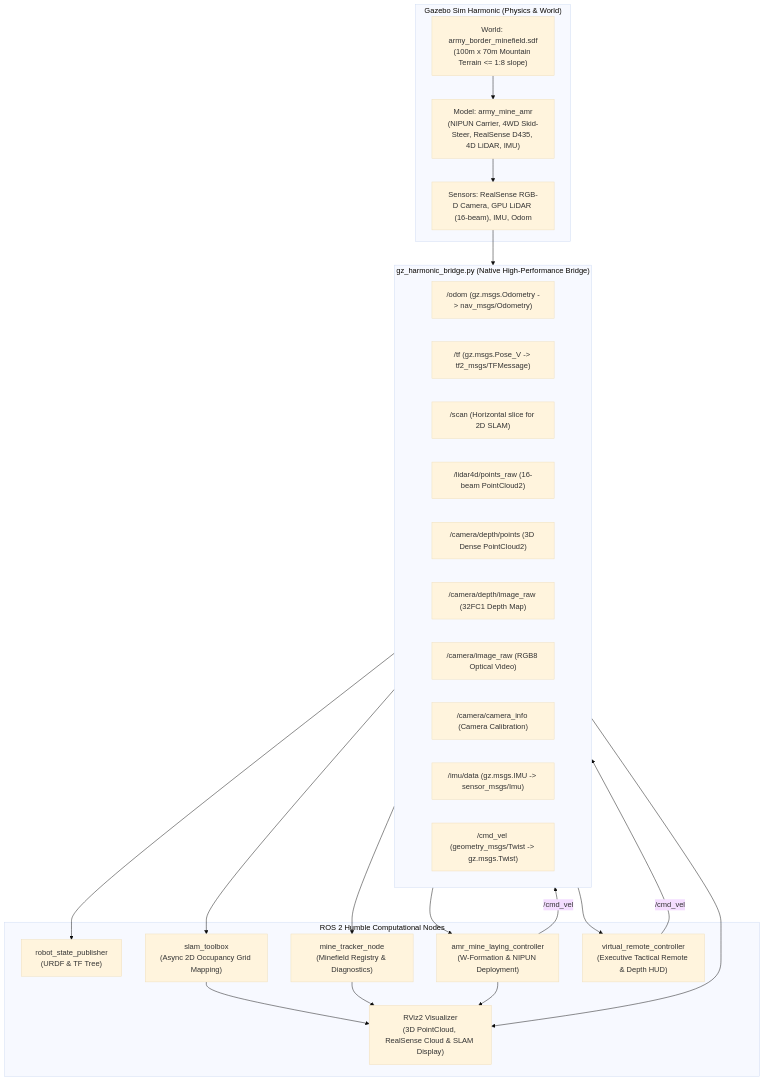
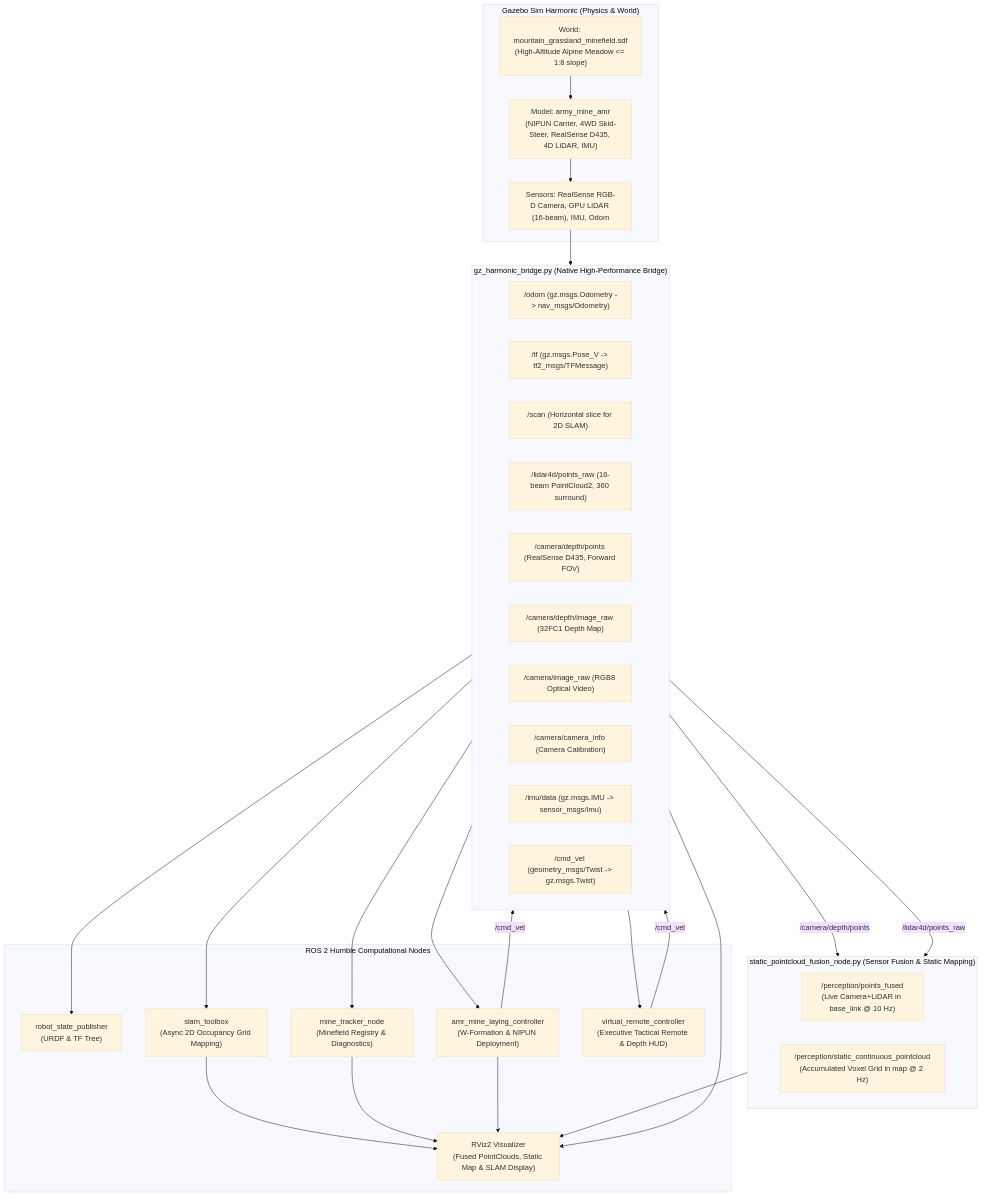
One commit to namanharshwal/Miner_Detonator_Bot changed the diagram in README.md. Above: the diagram before and after it, drawn with Mermaid (base theme). The commit also changed other lines of this file and 14 other files, not shown here.

Commit message:
feat: align depth camera FOV to front (+X) and implement static continuous pointcloud fusion node

````diff
--- a/README.md
+++ b/README.md
@@ -87,45 +92,53 @@
 ```mermaid
 flowchart TD
     subgraph GAZEBO["Gazebo Sim Harmonic (Physics & World)"]
-        GZ_WORLD["World: army_border_minefield.sdf\n(100m x 70m Mountain Terrain <= 1:8 slope)"]
+        GZ_WORLD["World: mountain_grassland_minefield.sdf\n(High-Altitude Alpine Meadow <= 1:8 slope)"]
         GZ_ROBOT["Model: army_mine_amr\n(NIPUN Carrier, 4WD Skid-Steer, RealSense D435, 4D LiDAR, IMU)"]
         GZ_SENSORS["Sensors: RealSense RGB-D Camera, GPU LiDAR (16-beam), IMU, Odom"]
         GZ_WORLD --> GZ_ROBOT
         GZ_ROBOT --> GZ_SENSORS
     end
 
     subgraph BRIDGE["gz_harmonic_bridge.py (Native High-Performance Bridge)"]
         BR_ODOM["/odom (gz.msgs.Odometry -> nav_msgs/Odometry)"]
         BR_TF["/tf (gz.msgs.Pose_V -> tf2_msgs/TFMessage)"]
         BR_SCAN["/scan (Horizontal slice for 2D SLAM)"]
-        BR_PC["/lidar4d/points_raw (16-beam PointCloud2)"]
-        BR_RGBD["/camera/depth/points (3D Dense PointCloud2)"]
+        BR_PC["/lidar4d/points_raw (16-beam PointCloud2, 360 surround)"]
+        BR_RGBD["/camera/depth/points (RealSense D435, Forward FOV)"]
         BR_DEPTH["/camera/depth/image_raw (32FC1 Depth Map)"]
         BR_RGB["/camera/image_raw (RGB8 Optical Video)"]
         BR_INFO["/camera/camera_info (Camera Calibration)"]
         BR_IMU["/imu/data (gz.msgs.IMU -> sensor_msgs/Imu)"]
         BR_CMD["/cmd_vel (geometry_msgs/Twist -> gz.msgs.Twist)"]
+    end
+
+    subgraph PERCEPTION["static_pointcloud_fusion_node.py (Sensor Fusion & Static Mapping)"]
+        FUSE_LIVE["/perception/points_fused\n(Live Camera+LiDAR in base_link @ 10 Hz)"]
+        FUSE_STATIC["/perception/static_continuous_pointcloud\n(Accumulated Voxel Grid in map @ 2 Hz)"]
     end
 
     subgraph ROS2["ROS 2 Humble Computational Nodes"]
         RSP["robot_state_publisher\n(URDF & TF Tree)"]
         SLAM["slam_toolbox\n(Async 2D Occupancy Grid Mapping)"]
         TRACKER["mine_tracker_node\n(Minefield Registry & Diagnostics)"]
         CONTROLLER["amr_mine_laying_controller\n(W-Formation & NIPUN Deployment)"]
         REMOTE["virtual_remote_controller\n(Executive Tactical Remote & Depth HUD)"]
-        RVIZ["RViz2 Visualizer\n(3D PointCloud, RealSense Cloud & SLAM Display)"]
+        RVIZ["RViz2 Visualizer\n(Fused PointClouds, Static Map & SLAM Display)"]
     end
 
     GZ_SENSORS --> BRIDGE
     BRIDGE --> RSP
     BRIDGE --> SLAM
     BRIDGE --> TRACKER
     BRIDGE --> CONTROLLER
     BRIDGE --> REMOTE
+    BRIDGE -->|/camera/depth/points| PERCEPTION
+    BRIDGE -->|/lidar4d/points_raw| PERCEPTION
+    PERCEPTION --> RVIZ
     CONTROLLER -->|/cmd_vel| BRIDGE
     REMOTE -->|/cmd_vel| BRIDGE
     SLAM --> RVIZ
     TRACKER --> RVIZ
     CONTROLLER --> RVIZ
     BRIDGE --> RVIZ
 ```
````
